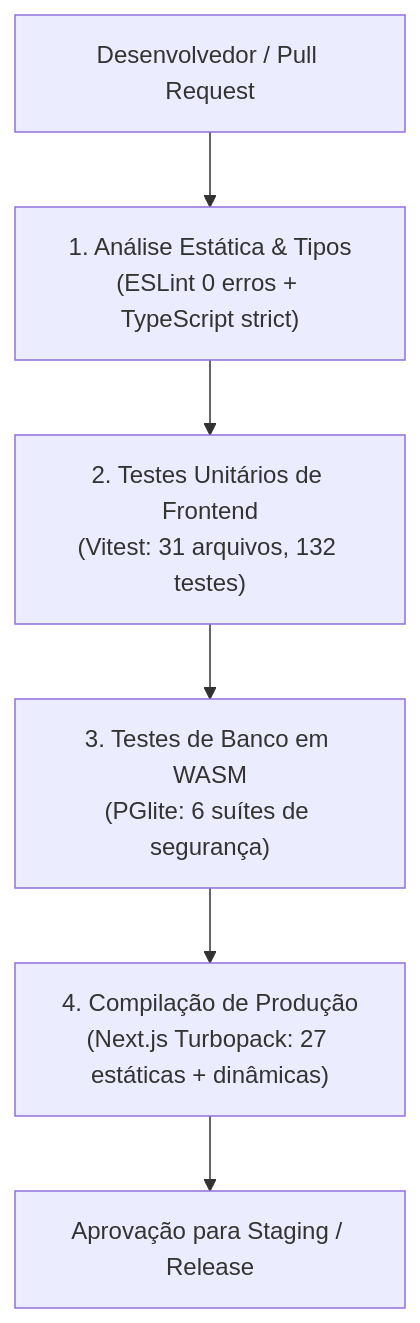
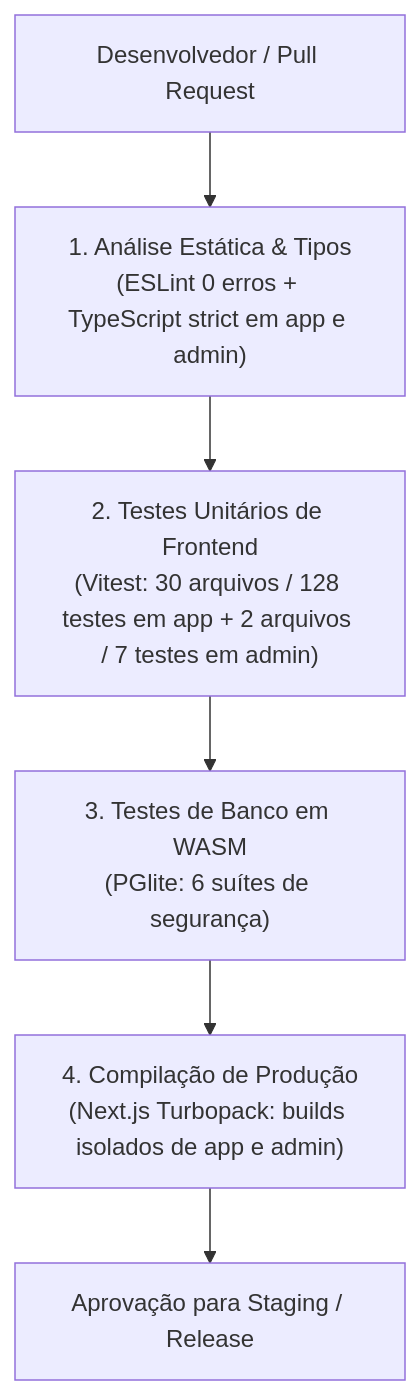
Before and after one commit to diyspur/docs: the diagram in 05 - Qualidade, QA e Operacao/05.1 - Relatorio de QA, Casos de Teste e Quality Gates.md, drawn with Mermaid. The commit also changed other lines of this file and 11 other files, not shown here.

````diff
--- a/05 - Qualidade, QA e Operacao/05.1 - Relatorio de QA, Casos de Teste e Quality Gates.md
+++ b/05 - Qualidade, QA e Operacao/05.1 - Relatorio de QA, Casos de Teste e Quality Gates.md
@@ -13,8 +13,8 @@
 ```mermaid
 flowchart TD
-    DEV["Desenvolvedor / Pull Request"] --> LINT["1. Análise Estática & Tipos<br/>(ESLint 0 erros + TypeScript strict)"]
-    LINT --> UNIT["2. Testes Unitários de Frontend<br/>(Vitest: 31 arquivos, 132 testes)"]
+    DEV["Desenvolvedor / Pull Request"] --> LINT["1. Análise Estática & Tipos<br/>(ESLint 0 erros + TypeScript strict em app e admin)"]
+    LINT --> UNIT["2. Testes Unitários de Frontend<br/>(Vitest: 30 arquivos / 128 testes em app + 2 arquivos / 7 testes em admin)"]
     UNIT --> WASM["3. Testes de Banco em WASM<br/>(PGlite: 6 suítes de segurança)"]
-    WASM --> BUILD["4. Compilação de Produção<br/>(Next.js Turbopack: 27 estáticas + dinâmicas)"]
+    WASM --> BUILD["4. Compilação de Produção<br/>(Next.js Turbopack: builds isolados de app e admin)"]
     BUILD --> SHIP["Aprovação para Staging / Release"]
 ```
````
